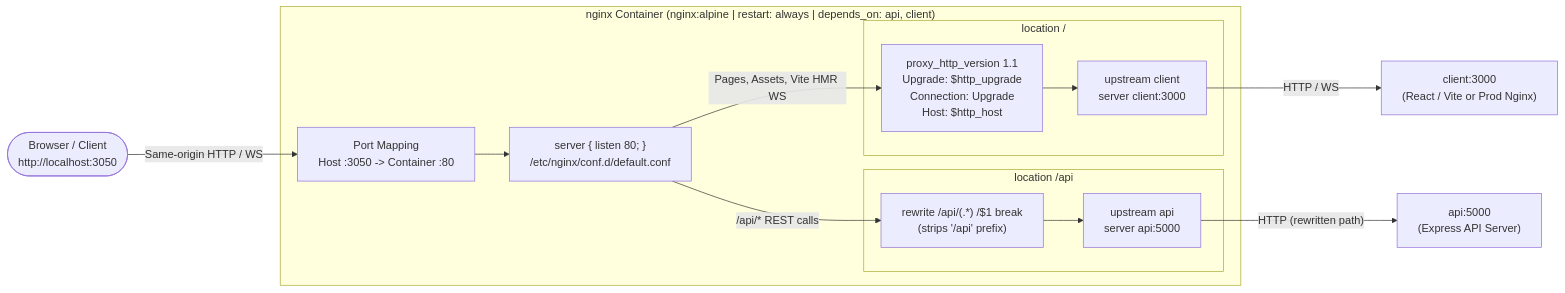
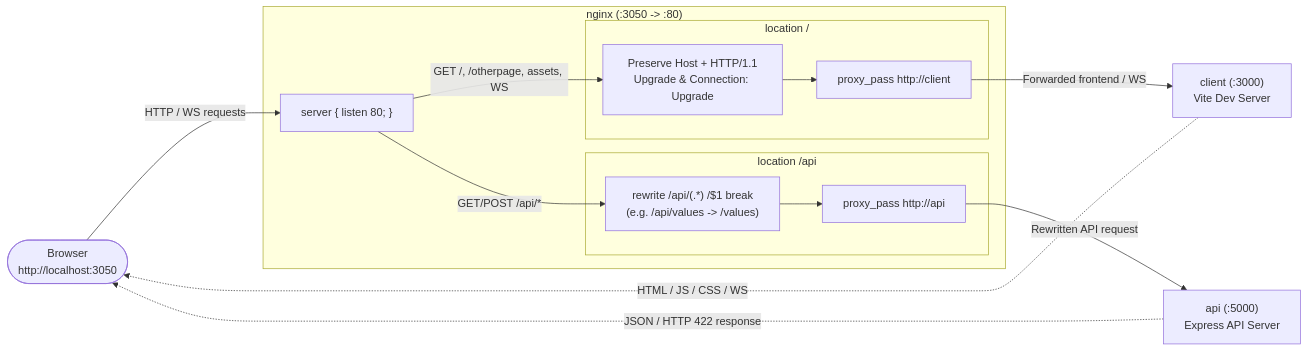
Before and after one commit to pankajspace/docker-k8s: the third of 5 diagrams in client-server-nginx-local/README.md, drawn with Mermaid. The commit also changed other lines of this file, not shown here.

Commit message:
Refine README architecture diagrams and service descriptions for clarity and improved understanding of the client-server-Nginx setup

````diff
--- a/client-server-nginx-local/README.md
+++ b/client-server-nginx-local/README.md
@@ -103,32 +97,32 @@
 ```mermaid
 flowchart LR
-    Browser(["Browser / Client\nhttp://localhost:3050"])
+    Browser(["Browser\nhttp://localhost:3050"])
 
-    subgraph NginxContainer["nginx Container (nginx:alpine | restart: always | depends_on: api, client)"]
-        PortMap["Port Mapping\nHost :3050 -> Container :80"]
-        ServerBlock["server { listen 80; }\n/etc/nginx/conf.d/default.conf"]
+    subgraph NginxSvc["nginx (:3050 -> :80)"]
+        ServerBlock["server { listen 80; }"]
 
         subgraph FrontendRoute["location /"]
-            WSHeaders["proxy_http_version 1.1\nUpgrade: $http_upgrade\nConnection: Upgrade\nHost: $http_host"]
-            UpstreamClient["upstream client\nserver client:3000"]
+            WSHeaders["Preserve Host + HTTP/1.1\nUpgrade & Connection: Upgrade"]
+            UpstreamClient["proxy_pass http://client"]
             WSHeaders --> UpstreamClient
         end
 
         subgraph ApiRoute["location /api"]
-            Rewrite["rewrite /api/(.*) /$1 break\n(strips '/api' prefix)"]
-            UpstreamApi["upstream api\nserver api:5000"]
+            Rewrite["rewrite /api/(.*) /$1 break\n(e.g. /api/values -> /values)"]
+            UpstreamApi["proxy_pass http://api"]
             Rewrite --> UpstreamApi
         end
 
-        PortMap --> ServerBlock
-        ServerBlock -->|"Pages, Assets, Vite HMR WS"| WSHeaders
-        ServerBlock -->|"/api/* REST calls"| Rewrite
+        ServerBlock -->|"GET /, /otherpage, assets, WS"| WSHeaders
+        ServerBlock -->|"GET/POST /api/*"| Rewrite
     end
 
-    ClientTarget["client:3000\n(React / Vite or Prod Nginx)"]
-    ApiTarget["api:5000\n(Express API Server)"]
+    ClientTarget["client (:3000)\nVite Dev Server"]
+    ApiTarget["api (:5000)\nExpress API Server"]
 
-    Browser -->|"Same-origin HTTP / WS"| PortMap
-    UpstreamClient -->|"HTTP / WS"| ClientTarget
-    UpstreamApi -->|"HTTP (rewritten path)"| ApiTarget
+    Browser -->|"HTTP / WS requests"| ServerBlock
+    UpstreamClient -->|"Forwarded frontend / WS"| ClientTarget
+    ClientTarget -.->|"HTML / JS / CSS / WS"| Browser
+    UpstreamApi -->|"Rewritten API request"| ApiTarget
+    ApiTarget -.->|"JSON / HTTP 422 response"| Browser
 ```
````
